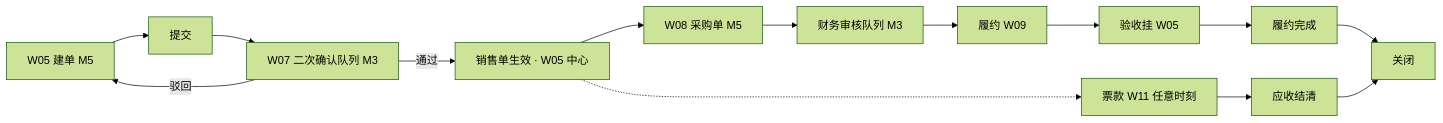
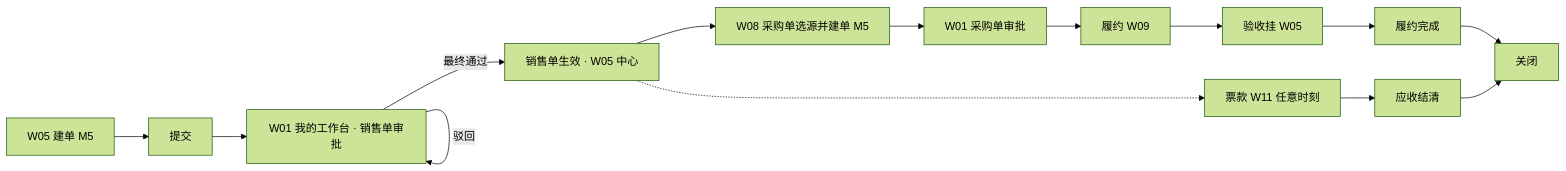
One commit to mztlive/erp changed the third of 5 diagrams in docs/erp-ui-flows.md. Above: the diagram before and after it, drawn with Mermaid (forest theme). The commit also changed other lines of this file and 48 other files, not shown here.

````diff
--- a/docs/erp-ui-flows.md
+++ b/docs/erp-ui-flows.md
@@ -79,16 +79,16 @@
 ```mermaid
 flowchart LR
   A[W05 建单 M5] --> B[提交]
-  B --> C[W07 二次确认队列 M3]
-  C -->|通过| D[销售单生效 · W05 中心]
-  C -->|驳回| A
-  D --> E[W08 采购单 M5]
-  E --> F[财务审核队列 M3]
+  B --> C[W01 我的工作台 · 销售单审批]
+  C -->|最终通过| D[销售单生效 · W05 中心]
+  C -->|驳回| C
+  D --> E[W08 采购单选源并建单 M5]
+  E --> F[W01 采购单审批]
   F --> G[履约 W09]
   G --> H[验收挂 W05]
   D -.-> I[票款 W11 任意时刻]
   H --> J[履约完成]
   I --> K[应收结清]
   J --> L[关闭]
   K --> L
 ```
````
